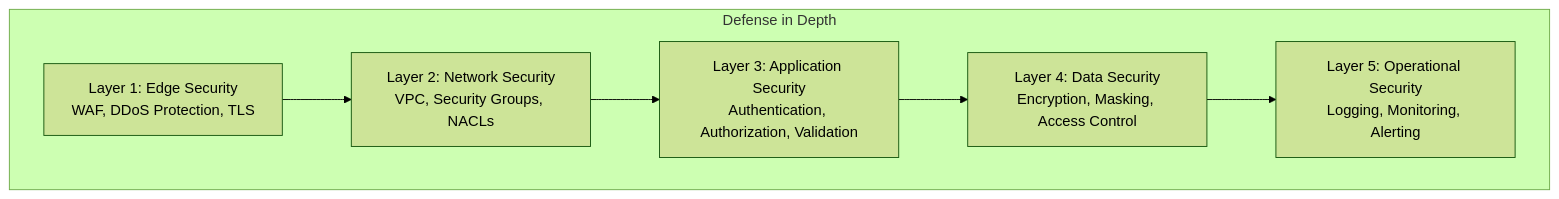
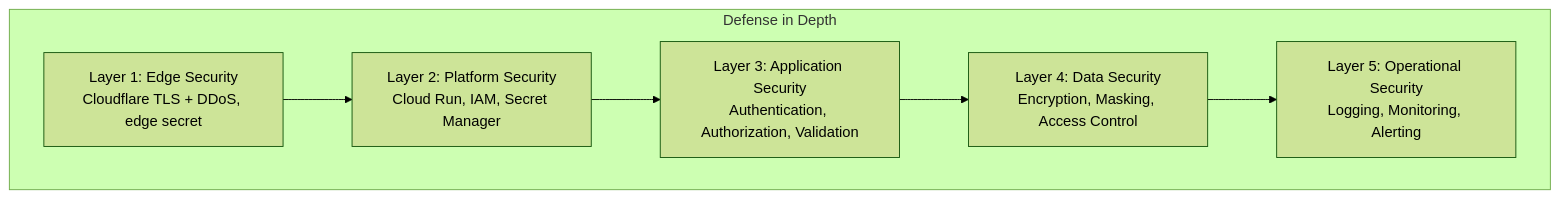
Before and after one commit to javaknight1/servicepro: the first of 8 diagrams in docs/architecture/SECURITY.md, drawn with Mermaid (forest theme). The commit also changed other lines of this file and 5 other files, not shown here.

````diff
--- a/docs/architecture/SECURITY.md
+++ b/docs/architecture/SECURITY.md
@@ -28,12 +35,12 @@
 ```mermaid
 graph TB
     subgraph "Defense in Depth"
-        L1[Layer 1: Edge Security<br/>WAF, DDoS Protection, TLS]
-        L2[Layer 2: Network Security<br/>VPC, Security Groups, NACLs]
+        L1[Layer 1: Edge Security<br/>Cloudflare TLS + DDoS, edge secret]
+        L2[Layer 2: Platform Security<br/>Cloud Run, IAM, Secret Manager]
         L3[Layer 3: Application Security<br/>Authentication, Authorization, Validation]
         L4[Layer 4: Data Security<br/>Encryption, Masking, Access Control]
         L5[Layer 5: Operational Security<br/>Logging, Monitoring, Alerting]
     end
 
     L1 --> L2 --> L3 --> L4 --> L5
 ```
````
